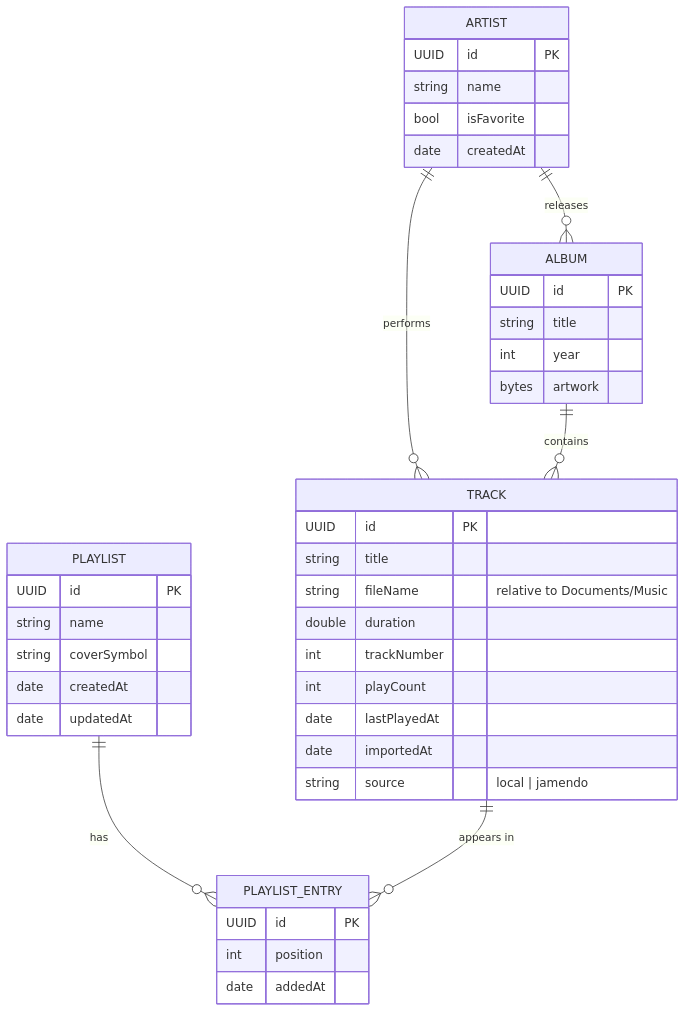
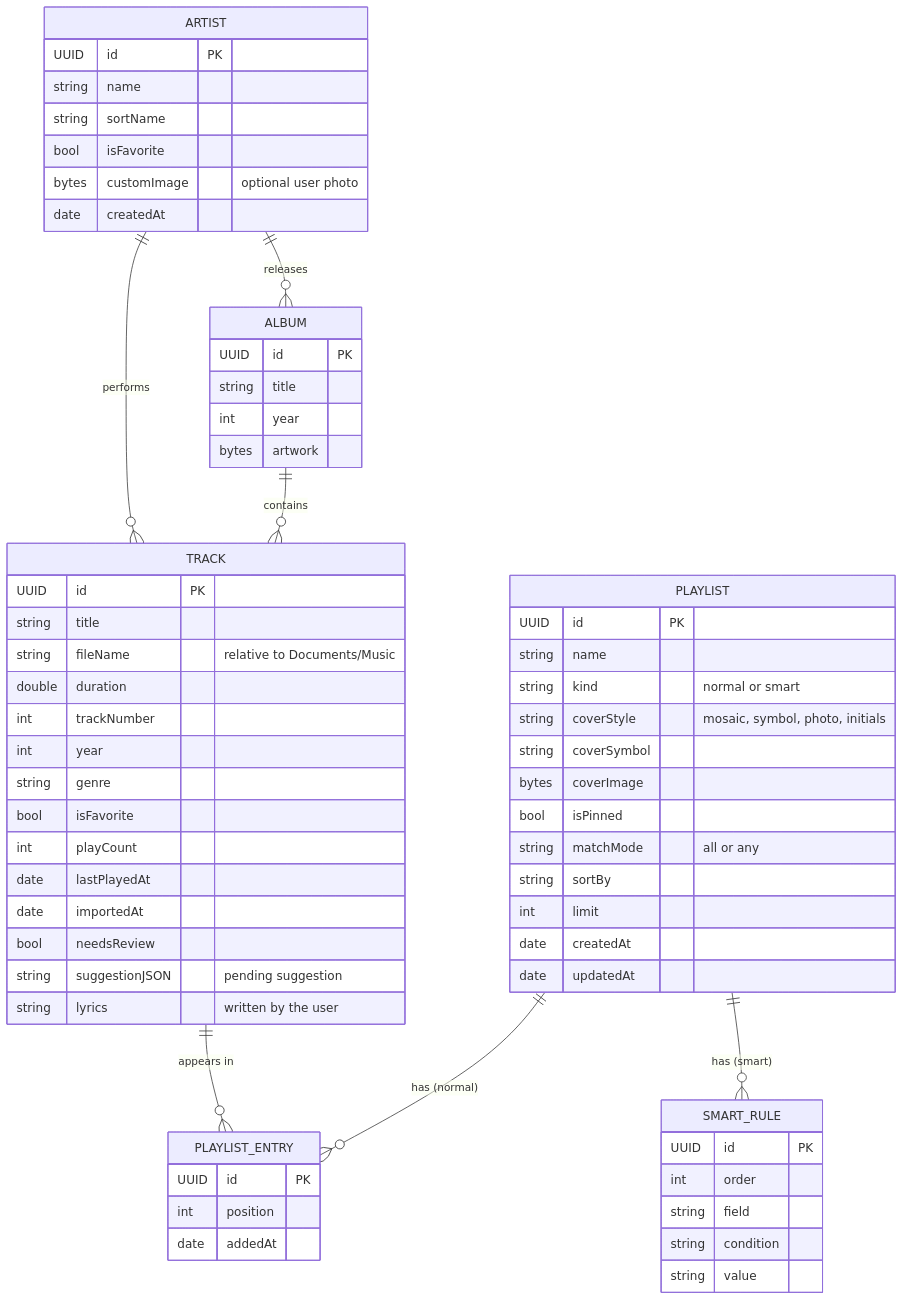
Before and after one commit to sabrinasalomon/CoryMusic: the diagram in docs/DATA_MODEL.md, drawn with Mermaid. The commit also changed other lines of this file and 9 other files, not shown here.

````diff
--- a/docs/DATA_MODEL.md
+++ b/docs/DATA_MODEL.md
@@ -7,44 +7,66 @@
 ```mermaid
 erDiagram
     ARTIST ||--o{ TRACK : performs
     ARTIST ||--o{ ALBUM : releases
     ALBUM  ||--o{ TRACK : contains
-    PLAYLIST ||--o{ PLAYLIST_ENTRY : has
+    PLAYLIST ||--o{ PLAYLIST_ENTRY : "has (normal)"
     TRACK  ||--o{ PLAYLIST_ENTRY : "appears in"
+    PLAYLIST ||--o{ SMART_RULE : "has (smart)"
 
     ARTIST {
         UUID id PK
         string name
+        string sortName
         bool isFavorite
+        bytes customImage "optional user photo"
         date createdAt
     }
     ALBUM {
         UUID id PK
         string title
         int year
         bytes artwork
     }
     TRACK {
         UUID id PK
         string title
         string fileName "relative to Documents/Music"
         double duration
         int trackNumber
+        int year
+        string genre
+        bool isFavorite
         int playCount
         date lastPlayedAt
         date importedAt
-        string source "local | jamendo"
+        bool needsReview
+        string suggestionJSON "pending suggestion"
+        string lyrics "written by the user"
     }
     PLAYLIST {
         UUID id PK
         string name
+        string kind "normal or smart"
+        string coverStyle "mosaic, symbol, photo, initials"
         string coverSymbol
+        bytes coverImage
+        bool isPinned
+        string matchMode "all or any"
+        string sortBy
+        int limit
         date createdAt
         date updatedAt
     }
     PLAYLIST_ENTRY {
         UUID id PK
         int position
         date addedAt
     }
+    SMART_RULE {
+        UUID id PK
+        int order
+        string field
+        string condition
+        string value
+    }
 ```
````
